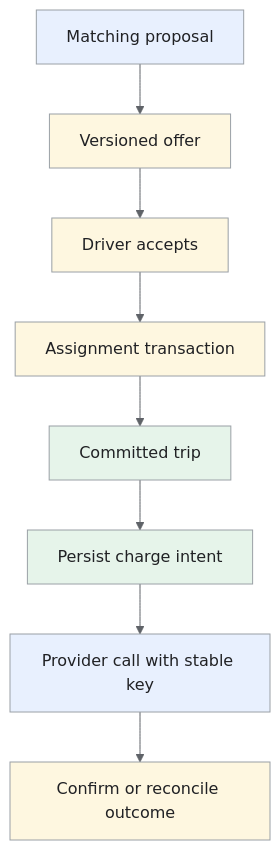
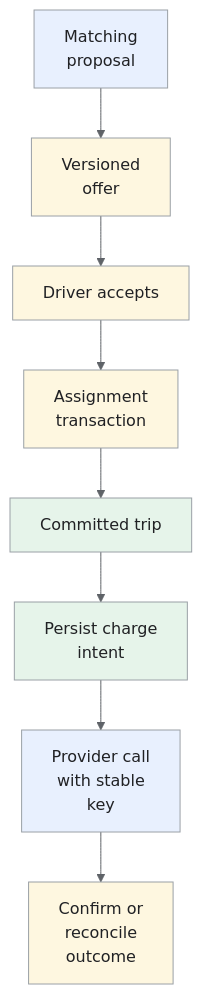
The fifth of 5 diagrams in _designs/system-design-uber.md (iliazlobin/iliazlobin.github.io), drawn with Mermaid before and after one commit. The commit also changed other lines of this file and 116 other files, not shown here.

````diff
--- a/_designs/system-design-uber.md
+++ b/_designs/system-design-uber.md
@@ -372,18 +409,18 @@
 ```mermaid
-%%{init: {'theme':'base','themeVariables':{'primaryColor':'#e8f0fe','primaryTextColor':'#202124','primaryBorderColor':'#9aa0a6','lineColor':'#5f6368','secondaryColor':'#e6f4ea','tertiaryColor':'#fef7e0','actorBkg':'#e8f0fe','actorBorder':'#9aa0a6','actorTextColor':'#202124','noteBkgColor':'#fef7e0','noteTextColor':'#202124','noteBorderColor':'#9aa0a6','signalColor':'#5f6368','signalTextColor':'#202124','labelBoxBkgColor':'#fef7e0','labelBoxBorderColor':'#9aa0a6'}}}%%
+%%{init: {"theme":"base","themeVariables":{"primaryColor":"#e8f0fe","primaryBorderColor":"#9aa0a6","primaryTextColor":"#202124","secondaryColor":"#e6f4ea","tertiaryColor":"#fef7e0","lineColor":"#5f6368","actorBkg":"#e8f0fe","actorBorder":"#9aa0a6","actorTextColor":"#202124","noteBkgColor":"#fef7e0","noteBorderColor":"#9aa0a6","noteTextColor":"#202124","signalColor":"#5f6368","signalTextColor":"#202124"}}}%%
 flowchart TB
-  M["Matching proposal"] --> O["Versioned offer"]
+  M["Matching<br>proposal"] --> O["Versioned<br>offer"]
   O --> A["Driver accepts"]
-  A --> T["Assignment transaction"]
+  A --> T["Assignment<br>transaction"]
   T --> R["Committed trip"]
-  R --> P["Persist charge intent"]
-  P --> C["Provider call with stable key"]
-  C --> Q["Confirm or reconcile outcome"]
+  R --> P["Persist charge<br>intent"]
+  P --> C["Provider call<br>with stable<br>key"]
+  C --> Q["Confirm or<br>reconcile<br>outcome"]
 classDef request fill:#e8f0fe,stroke:#9aa0a6,color:#202124;
 classDef data fill:#e6f4ea,stroke:#9aa0a6,color:#202124;
 classDef control fill:#fef7e0,stroke:#9aa0a6,color:#202124;
 class M,C request;
 class R,P data;
 class O,A,T,Q control;
 
 ```
````
